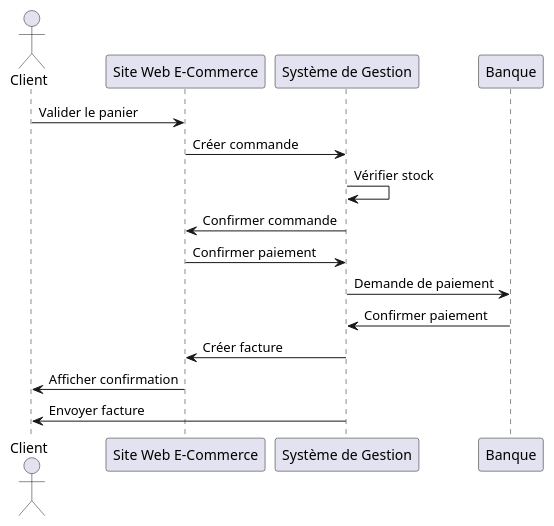
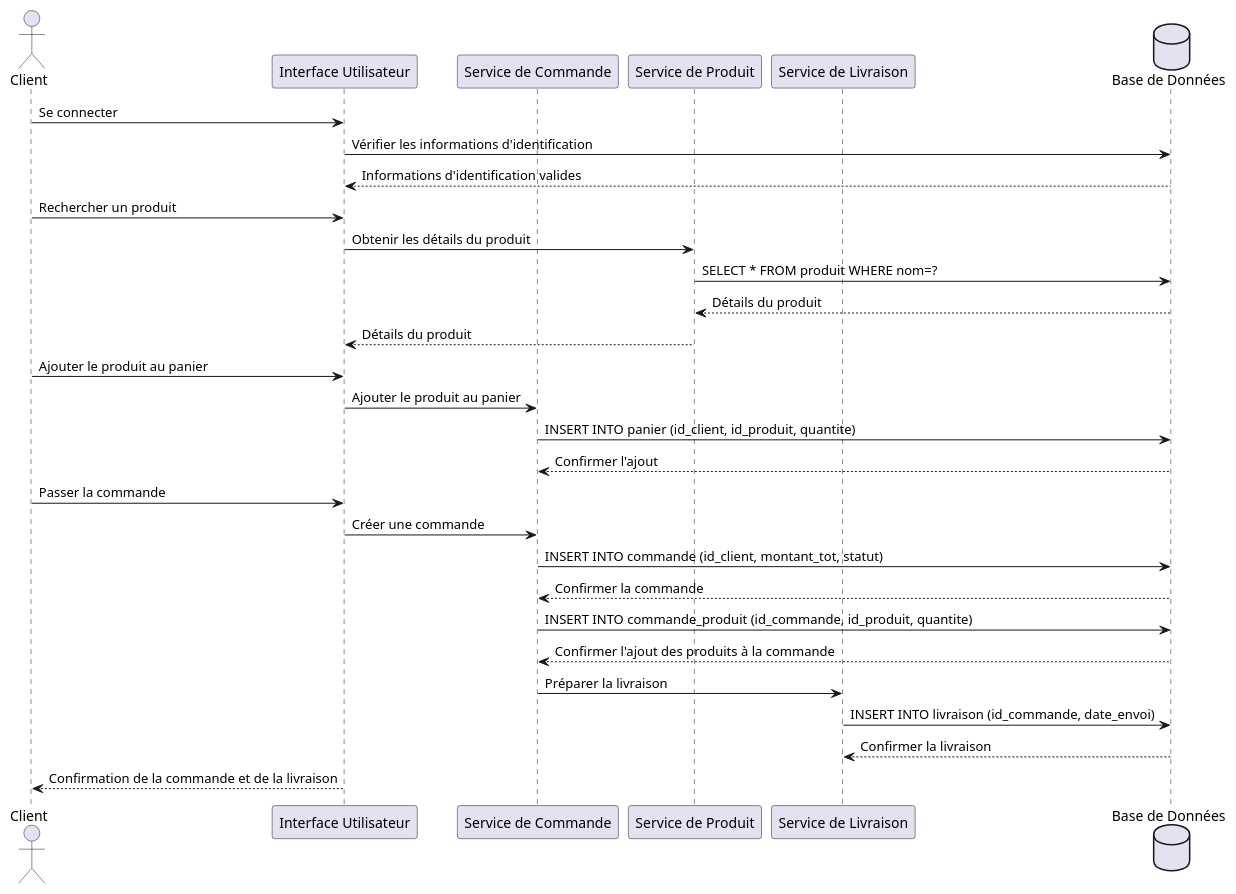
The diagram in assets/UML/Sequence.puml (Jeoffrey80/GreenVillage), drawn with PlantUML before and after one commit. The commit also changed 7 other files, not shown here.

```diff
--- a/assets/UML/Sequence.puml
+++ b/assets/UML/Sequence.puml
@@ -1,17 +1,37 @@
 @startuml
 actor Client
-participant "Site Web E-Commerce" as ECommerce
-participant "Système de Gestion" as Gestion
-participant "Banque" as Banque
 
-Client -> ECommerce: Valider le panier
-ECommerce -> Gestion: Créer commande
-Gestion -> Gestion: Vérifier stock
-Gestion -> ECommerce: Confirmer commande
-ECommerce -> Gestion: Confirmer paiement
-Gestion -> Banque: Demande de paiement
-Banque -> Gestion: Confirmer paiement
-Gestion -> ECommerce: Créer facture
-ECommerce -> Client: Afficher confirmation
-Gestion -> Client: Envoyer facture
+participant "Interface Utilisateur" as UI
+participant "Service de Commande" as SC
+participant "Service de Produit" as SP
+participant "Service de Livraison" as SL
+database "Base de Données" as DB
+
+Client -> UI : Se connecter
+UI -> DB : Vérifier les informations d'identification
+DB --> UI : Informations d'identification valides
+
+Client -> UI : Rechercher un produit
+UI -> SP : Obtenir les détails du produit
+SP -> DB : SELECT * FROM produit WHERE nom=?
+DB --> SP : Détails du produit
+SP --> UI : Détails du produit
+
+Client -> UI : Ajouter le produit au panier
+UI -> SC : Ajouter le produit au panier
+SC -> DB : INSERT INTO panier (id_client, id_produit, quantite)
+DB --> SC : Confirmer l'ajout
+
+Client -> UI : Passer la commande
+UI -> SC : Créer une commande
+SC -> DB : INSERT INTO commande (id_client, montant_tot, statut)
+DB --> SC : Confirmer la commande
+SC -> DB : INSERT INTO commande_produit (id_commande, id_produit, quantite)
+DB --> SC : Confirmer l'ajout des produits à la commande
+
+SC -> SL : Préparer la livraison
+SL -> DB : INSERT INTO livraison (id_commande, date_envoi)
+DB --> SL : Confirmer la livraison
+
+UI --> Client : Confirmation de la commande et de la livraison
 @enduml
```
